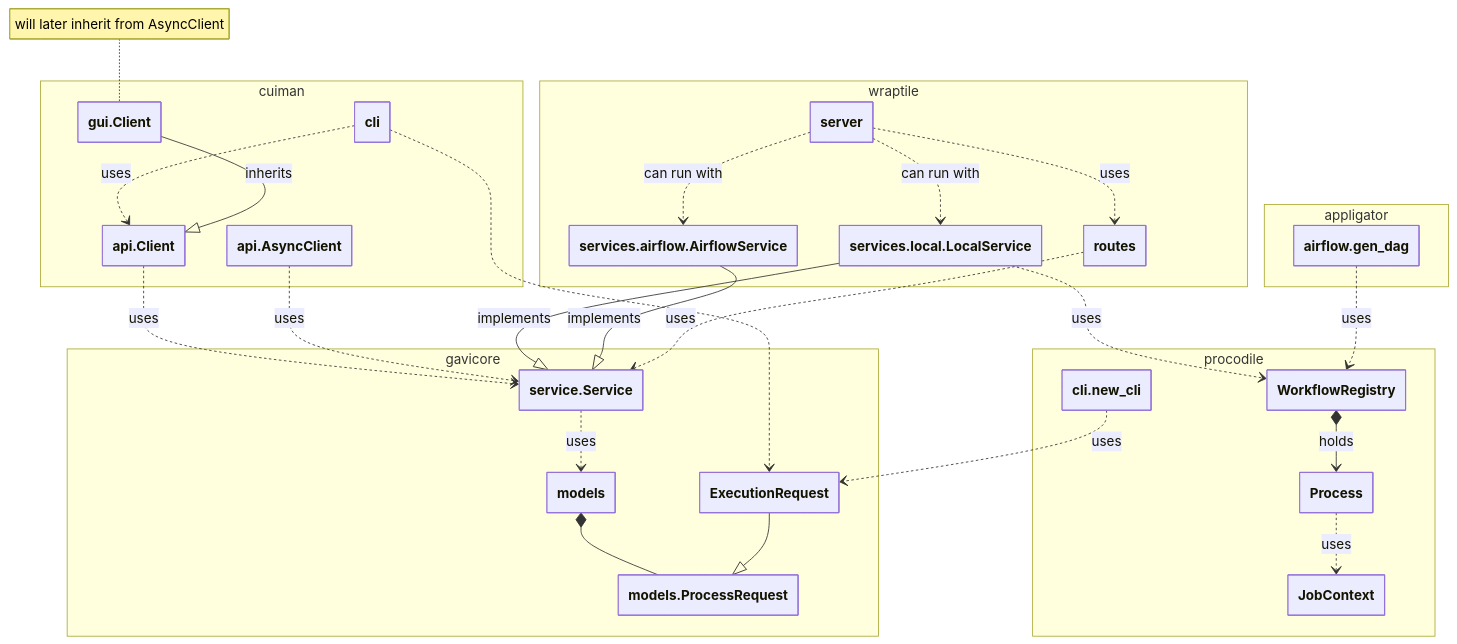
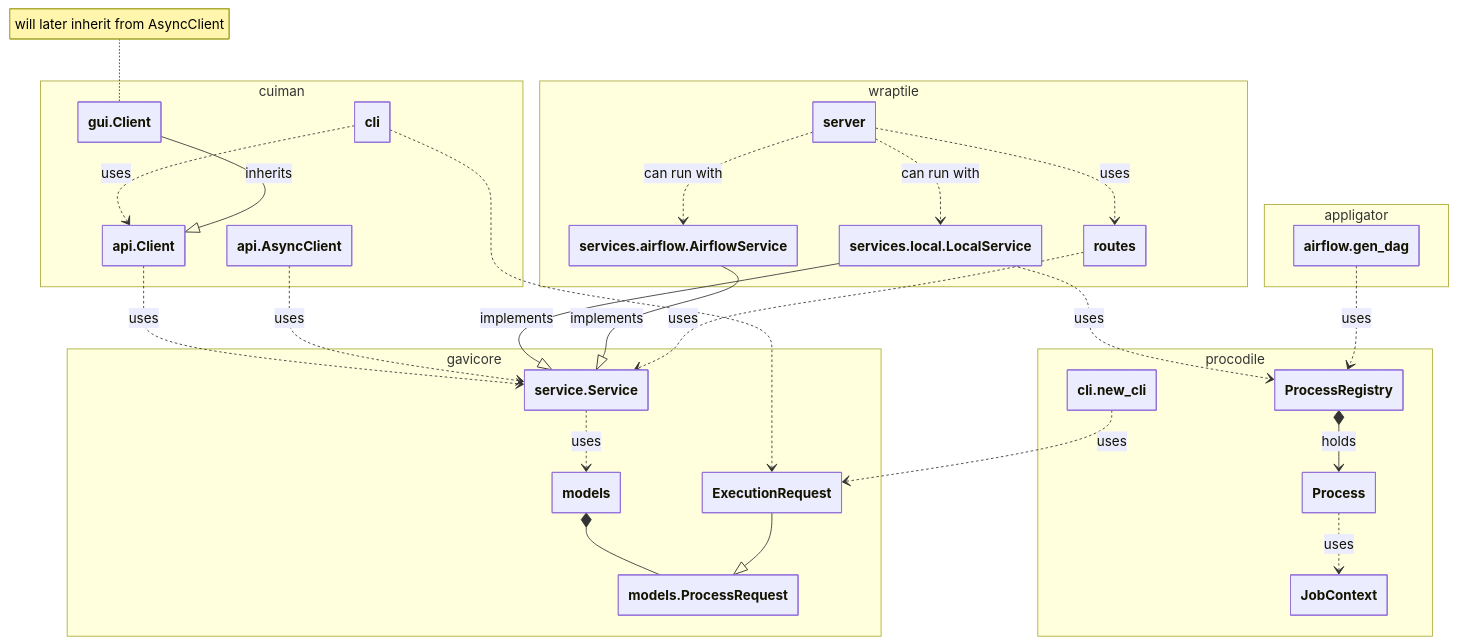
One commit to eo-tools/eozilla changed the second of 7 diagrams in docs/architecture.md. Above: the diagram before and after it, drawn with Mermaid. The commit also changed 1 other file, not shown here.

Commit message:
minor doc update

````diff
--- a/docs/architecture.md
+++ b/docs/architecture.md
@@ -40,60 +40,60 @@
 ```mermaid
 ---
 config:
     class:
         hideEmptyMembersBox: true
     theme: default
 ---
 classDiagram
     direction TD
     namespace cuiman {
         class api.AsyncClient
         class api.Client
         class gui.Client
         class cli
     }
     namespace gavicore {
         class models
         class service.Service
         class models.ProcessRequest
         class ExecutionRequest
     }
     namespace wraptile {
         class server
         class routes
         class services.local.LocalService
         class services.airflow.AirflowService
     }
     namespace procodile {
         class JobContext
         class Process
-        class WorkflowRegistry
+        class ProcessRegistry
         class cli.new_cli
     }
     namespace appligator {
         class airflow.gen_dag
     }
 
     cli ..> api.Client : uses
     cli ..> ExecutionRequest
     gui.Client --|> api.Client : inherits
     api.Client ..> service.Service : uses
     api.AsyncClient ..> service.Service : uses
     service.Service ..> models : uses
     services.local.LocalService --|> service.Service : implements
     services.airflow.AirflowService --|> service.Service : implements
     routes ..> service.Service : uses
     server ..> routes : uses
     server ..> services.local.LocalService : can run with
     server ..> services.airflow.AirflowService : can run with
-    services.local.LocalService ..> WorkflowRegistry : uses
-    airflow.gen_dag ..> WorkflowRegistry : uses
-    WorkflowRegistry *--> Process: holds
+    services.local.LocalService ..> ProcessRegistry : uses
+    airflow.gen_dag ..> ProcessRegistry : uses
+    ProcessRegistry *--> Process: holds
     Process ..> JobContext : uses
     cli.new_cli ..> ExecutionRequest : uses
     models *-- models.ProcessRequest
     ExecutionRequest --|> models.ProcessRequest
     
     note for gui.Client "will later inherit from AsyncClient"
 
 ```
````
